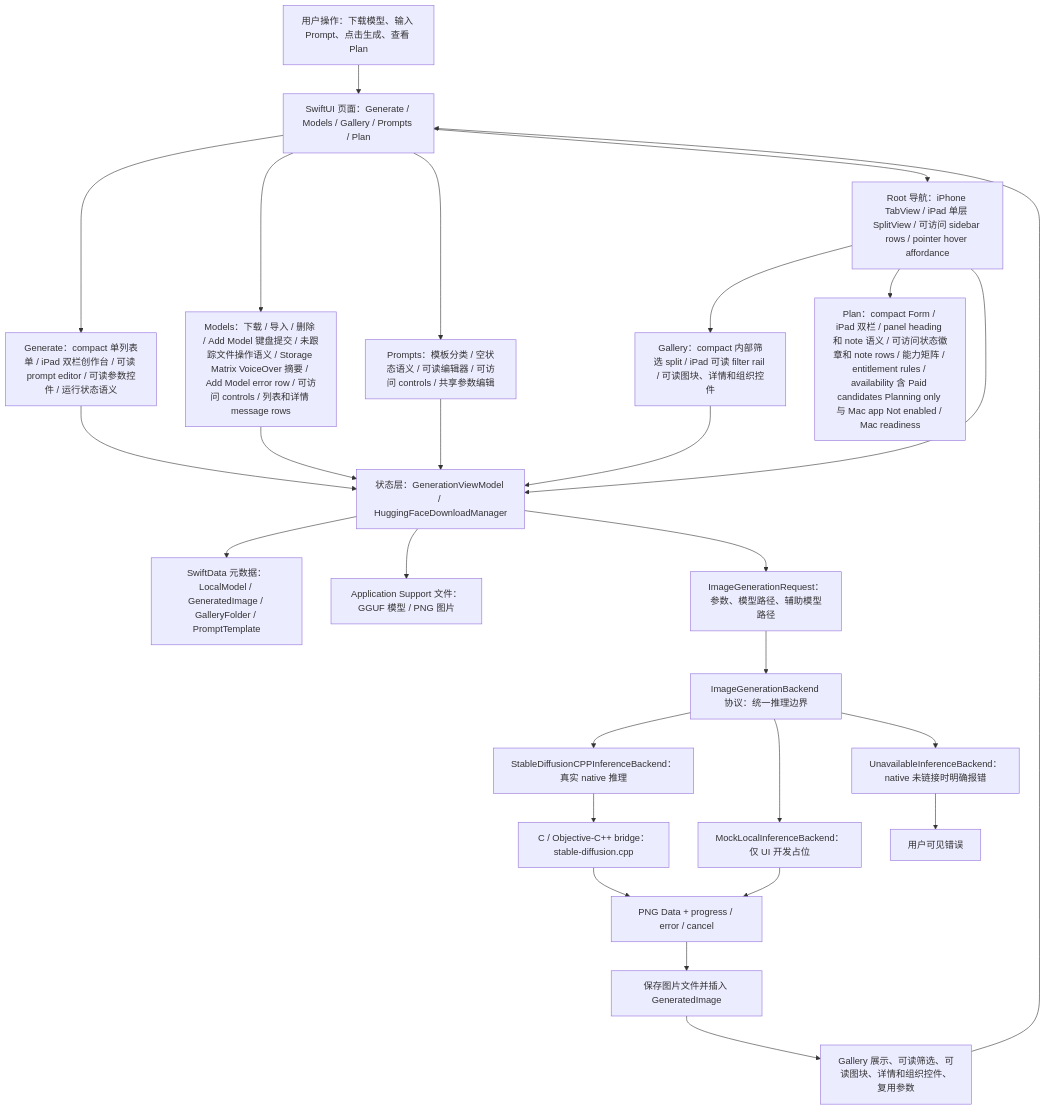
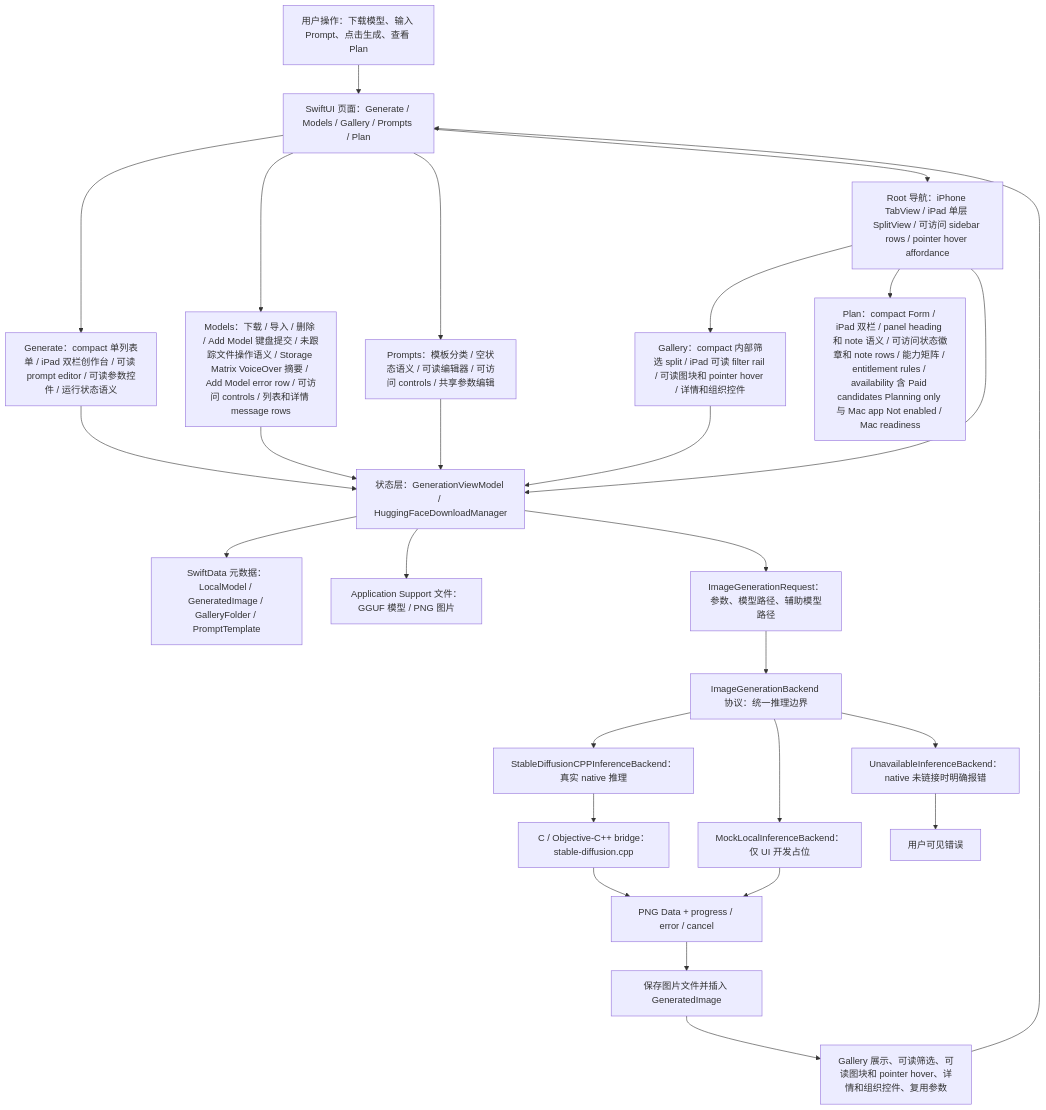
Before and after one commit to Altman-sam114/118: the first of 7 diagrams in md/flow/flowchart.md, drawn with Mermaid. The commit also changed 5 other files, not shown here.

First line of the commit message:
v1.35: Gallery tile pointer hover

````diff
--- a/md/flow/flowchart.md
+++ b/md/flow/flowchart.md
@@ -9,29 +9,29 @@
 ```mermaid
 flowchart TD
   U["用户操作：下载模型、输入 Prompt、点击生成、查看 Plan"] --> UI["SwiftUI 页面：Generate / Models / Gallery / Prompts / Plan"]
   UI --> GENUI["Generate：compact 单列表单 / iPad 双栏创作台 / 可读 prompt editor / 可读参数控件 / 运行状态语义"]
   UI --> MODELUI["Models：下载 / 导入 / 删除 / Add Model 键盘提交 / 未跟踪文件操作语义 / Storage Matrix VoiceOver 摘要 / Add Model error row / 可访问 controls / 列表和详情 message rows"]
   UI --> PROMPTUI["Prompts：模板分类 / 空状态语义 / 可读编辑器 / 可访问 controls / 共享参数编辑"]
   UI --> NAV["Root 导航：iPhone TabView / iPad 单层 SplitView / 可访问 sidebar rows / pointer hover affordance"]
-  NAV --> GALUI["Gallery：compact 内部筛选 split / iPad 可读 filter rail / 可读图块、详情和组织控件"]
+  NAV --> GALUI["Gallery：compact 内部筛选 split / iPad 可读 filter rail / 可读图块和 pointer hover / 详情和组织控件"]
   NAV --> PLANUI["Plan：compact Form / iPad 双栏 / panel heading 和 note 语义 / 可访问状态徽章和 note rows / 能力矩阵 / entitlement rules / availability 含 Paid candidates Planning only 与 Mac app Not enabled / Mac readiness"]
   NAV --> VM["状态层：GenerationViewModel / HuggingFaceDownloadManager"]
   GENUI --> VM
   MODELUI --> VM
   PROMPTUI --> VM
   GALUI --> VM
   VM --> SD["SwiftData 元数据：LocalModel / GeneratedImage / GalleryFolder / PromptTemplate"]
   VM --> FS["Application Support 文件：GGUF 模型 / PNG 图片"]
   VM --> REQ["ImageGenerationRequest：参数、模型路径、辅助模型路径"]
   REQ --> IFACE["ImageGenerationBackend 协议：统一推理边界"]
   IFACE --> NATIVE["StableDiffusionCPPInferenceBackend：真实 native 推理"]
   IFACE --> MOCK["MockLocalInferenceBackend：仅 UI 开发占位"]
   IFACE --> OFF["UnavailableInferenceBackend：native 未链接时明确报错"]
   NATIVE --> BRIDGE["C / Objective-C++ bridge：stable-diffusion.cpp"]
   BRIDGE --> PNG["PNG Data + progress / error / cancel"]
   MOCK --> PNG
   OFF --> ERR["用户可见错误"]
   PNG --> SAVE["保存图片文件并插入 GeneratedImage"]
-  SAVE --> GALLERY["Gallery 展示、可读筛选、可读图块、详情和组织控件、复用参数"]
+  SAVE --> GALLERY["Gallery 展示、可读筛选、可读图块和 pointer hover、详情和组织控件、复用参数"]
   GALLERY --> UI
 ```
````
